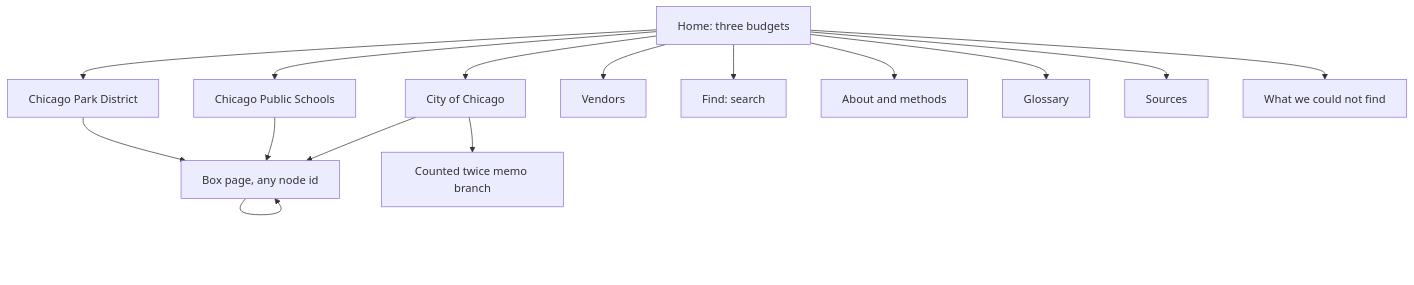
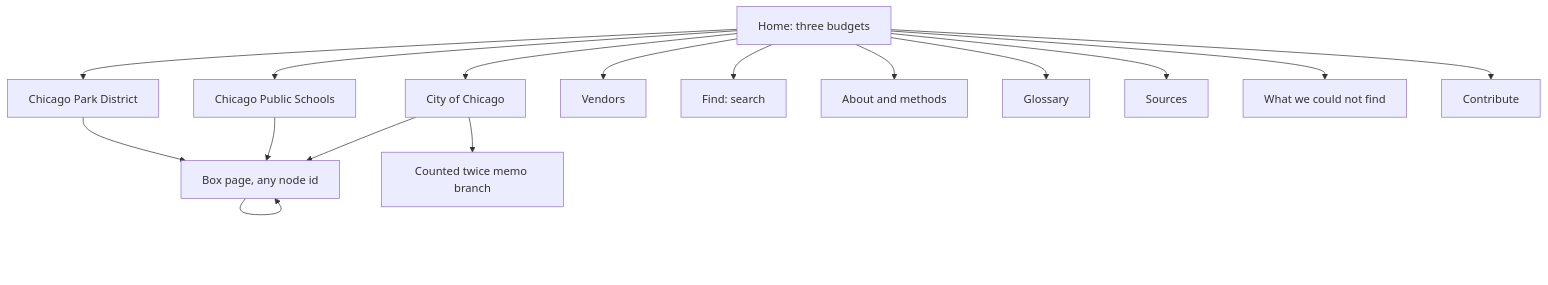
One commit to JkokGettys/chicagobudget changed the diagram in research/website_plan.md. Above: the diagram before and after it, drawn with Mermaid. The commit also changed other lines of this file, not shown here.

````diff
--- a/research/website_plan.md
+++ b/research/website_plan.md
@@ -83,17 +103,18 @@
 ```mermaid
 flowchart TD
   H[Home: three budgets] --> C[City of Chicago]
   H --> S[Chicago Public Schools]
   H --> P[Chicago Park District]
   C --> B[Box page, any node id]
   S --> B
   P --> B
   C --> T[Counted twice memo branch]
   H --> V[Vendors]
   H --> F[Find: search]
   H --> A[About and methods]
   H --> G[Glossary]
   H --> R[Sources]
   H --> W[What we could not find]
+  H --> K[Contribute]
   B --> B
 ```
````
